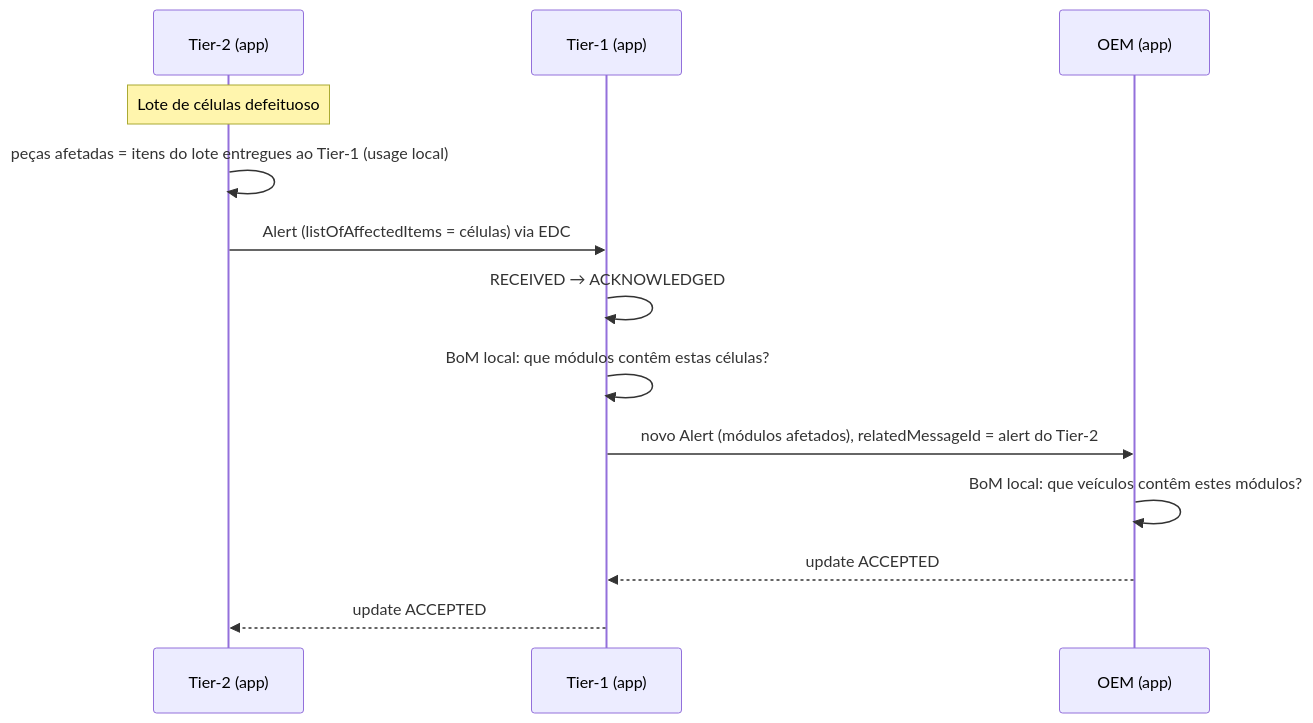
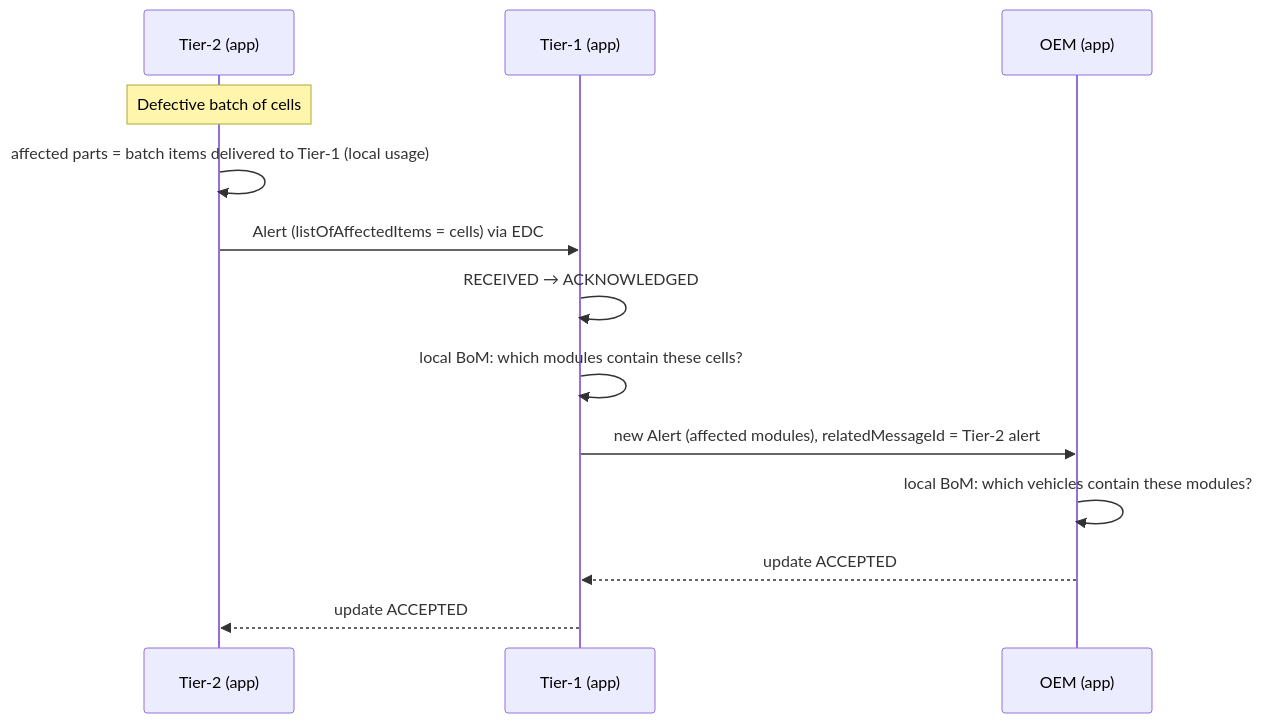
One commit to pedrobtmartins/catena-x-simplified changed the third of 3 diagrams in docs/architecture.md. Above: the diagram before and after it, drawn with Mermaid. The commit also changed other lines of this file and 1 other file, not shown here.

````diff
--- a/docs/architecture.md
+++ b/docs/architecture.md
@@ -200,15 +201,15 @@
 ```mermaid
 sequenceDiagram
     participant T2 as Tier-2 (app)
     participant T1 as Tier-1 (app)
     participant OEM as OEM (app)
-    Note over T2: Lote de células defeituoso
-    T2->>T2: peças afetadas = itens do lote entregues ao Tier-1 (usage local)
-    T2->>T1: Alert (listOfAffectedItems = células) via EDC
+    Note over T2: Defective batch of cells
+    T2->>T2: affected parts = batch items delivered to Tier-1 (local usage)
+    T2->>T1: Alert (listOfAffectedItems = cells) via EDC
     T1->>T1: RECEIVED → ACKNOWLEDGED
-    T1->>T1: BoM local: que módulos contêm estas células?
-    T1->>OEM: novo Alert (módulos afetados), relatedMessageId = alert do Tier-2
-    OEM->>OEM: BoM local: que veículos contêm estes módulos?
+    T1->>T1: local BoM: which modules contain these cells?
+    T1->>OEM: new Alert (affected modules), relatedMessageId = Tier-2 alert
+    OEM->>OEM: local BoM: which vehicles contain these modules?
     OEM-->>T1: update ACCEPTED
     T1-->>T2: update ACCEPTED
 ```
````
